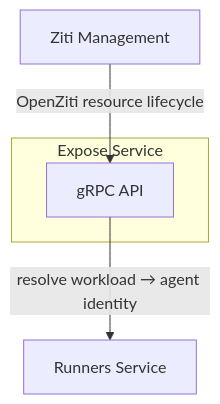
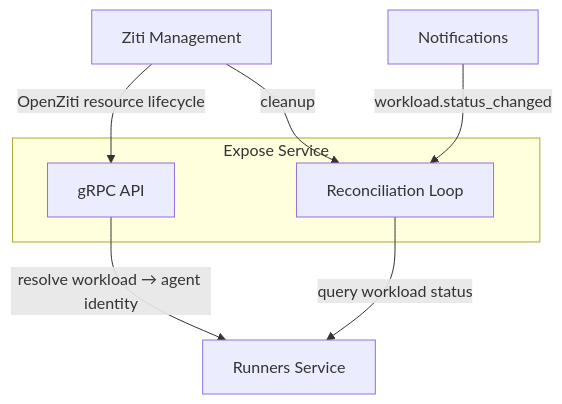
The first of 4 diagrams in architecture/expose-service.md (agynio/architecture), drawn with Mermaid before and after one commit. The commit also changed other lines of this file and 8 other files, not shown here.

````diff
--- a/architecture/expose-service.md
+++ b/architecture/expose-service.md
@@ -50,9 +36,13 @@
 ```mermaid
 graph TB
     subgraph "Expose Service"
         API[gRPC API]
+        Reconciler[Reconciliation Loop]
     end
 
     ZM[Ziti Management] -->|OpenZiti resource lifecycle| API
+    ZM -->|cleanup| Reconciler
     API -->|resolve workload → agent identity| RS[Runners Service]
+    Reconciler -->|query workload status| RS
+    N[Notifications] -->|workload.status_changed| Reconciler
 ```
````
